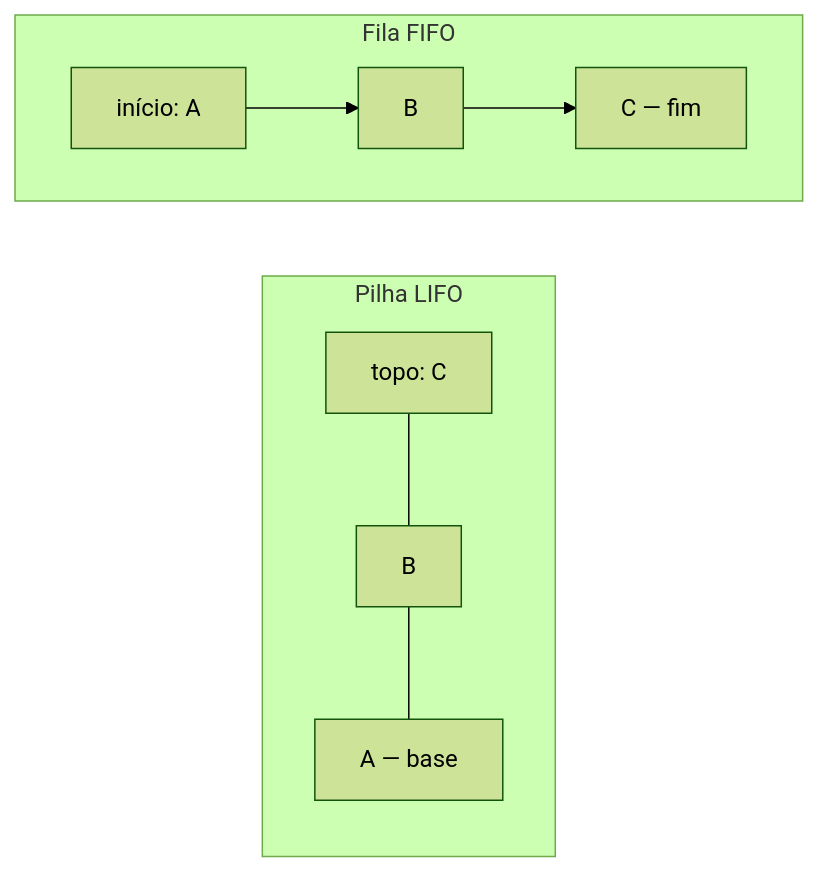
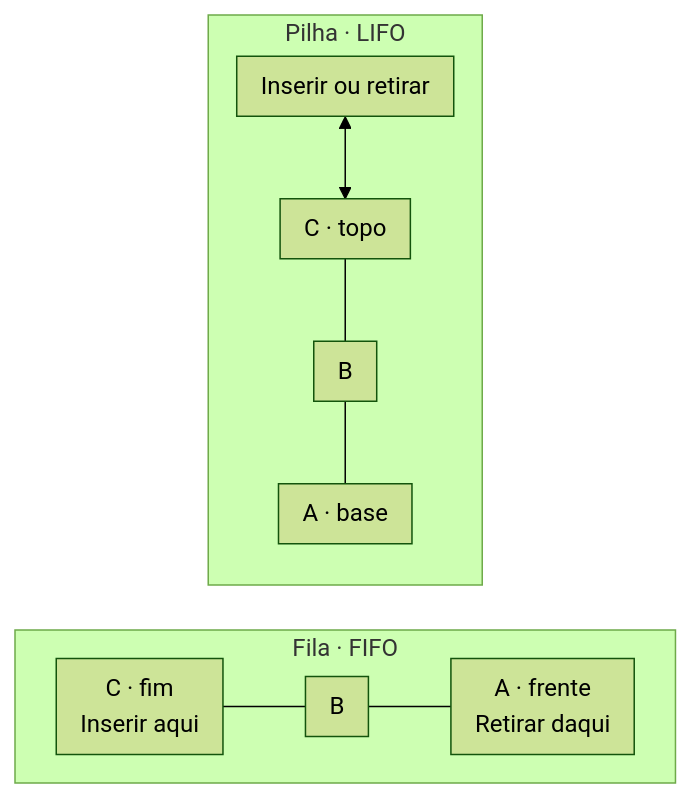
The diagram in content/enade/estruturas-de-dados/pilhas-e-filas.md (pedrotescaro/Stacklyst), drawn with Mermaid (forest theme) before and after one commit. The commit also changed other lines of this file and 84 other files, not shown here.

Commit message:
feat(enade): redraw study library diagrams

````diff
--- a/content/enade/estruturas-de-dados/pilhas-e-filas.md
+++ b/content/enade/estruturas-de-dados/pilhas-e-filas.md
@@ -81,11 +83,22 @@
-```mermaid Pilha × fila
-flowchart LR
-  subgraph Pilha LIFO
+```mermaid Entradas e saídas LIFO e FIFO
+---
+config:
+  flowchart:
+    nodeSpacing: 18
+    rankSpacing: 30
+    padding: 8
+---
+flowchart TB
+  subgraph PI["Pilha · LIFO"]
     direction TB
-    T[topo: C] --- B[B] --- A[A — base]
+    X["Inserir ou retirar"] <--> T["C · topo"]
+    T --- M["B"]
+    M --- B["A · base"]
   end
-  subgraph Fila FIFO
+  subgraph FI["Fila · FIFO"]
     direction LR
-    I[início: A] --> F1[B] --> F2[C — fim]
+    CF["C · fim<br/>Inserir aqui"] --- BF["B"]
+    BF --- AF["A · frente<br/>Retirar daqui"]
   end
+  PI ~~~ FI
 ```
````
